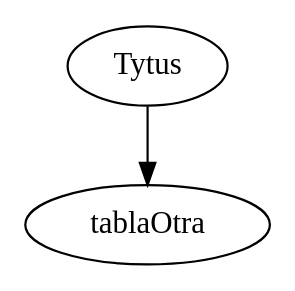
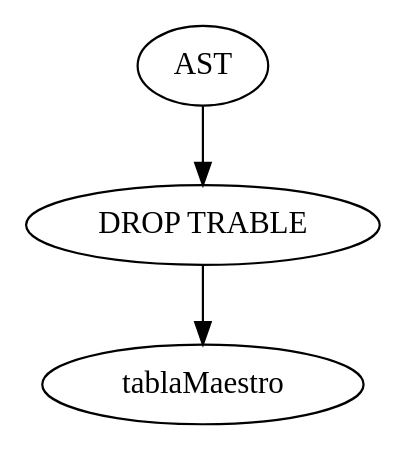
One commit to EdilsonJimenez/compi2-proyecto changed the diagram in Grafo.dot. Above: the diagram before and after it, drawn with Graphviz. The commit also changed 4 other files, not shown here.

```diff
--- a/Grafo.dot
+++ b/Grafo.dot
@@ -1,6 +1,8 @@
 digraph G{
 rankdir = TB; 
-Node0[label="Tytus"]
-Node1[label="tablaOtra"]
+Node0[label="AST"]
+Node1[label="DROP TRABLE"]
 Node0->Node1;
+Node2[label="tablaMaestro"]
+Node1->Node2;
 }
```
